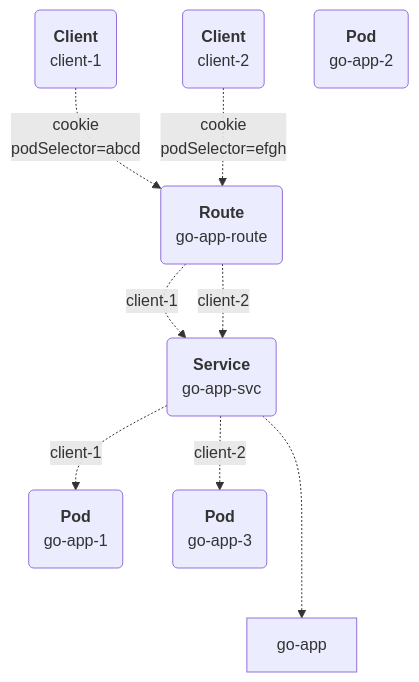
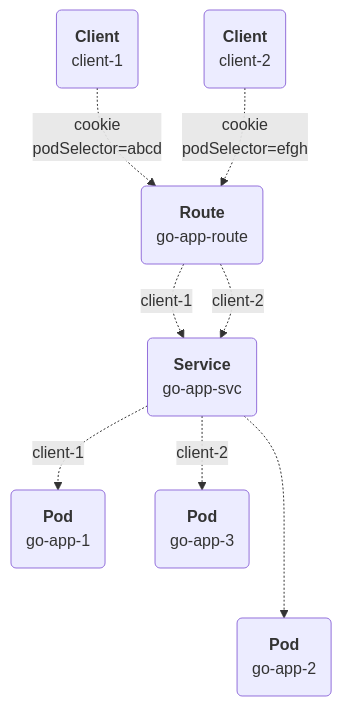
One commit to dmartinol/ocp_route_sticky_sessions changed the second of 2 diagrams in README.md. Above: the diagram before and after it, drawn with Mermaid.

````diff
--- a/README.md
+++ b/README.md
@@ -43,21 +43,21 @@
 ```mermaid
 graph TD
    client-1(<b>Client</b><br/>client-1)
    client-2(<b>Client</b><br/>client-2)
 
    go-app-1(<b>Pod</b><br/>go-app-1)
    go-app-2(<b>Pod</b><br/>go-app-2)
    go-app-3(<b>Pod</b><br/>go-app-3)
    go-app-svc(<b>Service</b><br/>go-app-svc)
    go-app-route(<b>Route</b><br/>go-app-route)
    
    client-1 -.cookie<br/>podSelector=abcd.-> go-app-route
    client-2 -.cookie<br/>podSelector=efgh.-> go-app-route
 
    go-app-route -.client-1.-> go-app-svc
    go-app-route -.client-2.-> go-app-svc
 
    go-app-svc -.client-1.-> go-app-1
    go-app-svc -.client-2.-> go-app-3
-   go-app-svc -..-> go-app
+   go-app-svc -..-> go-app-2
 ```
````
